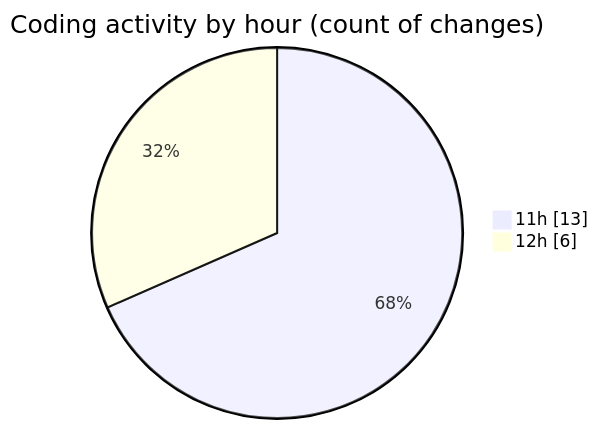
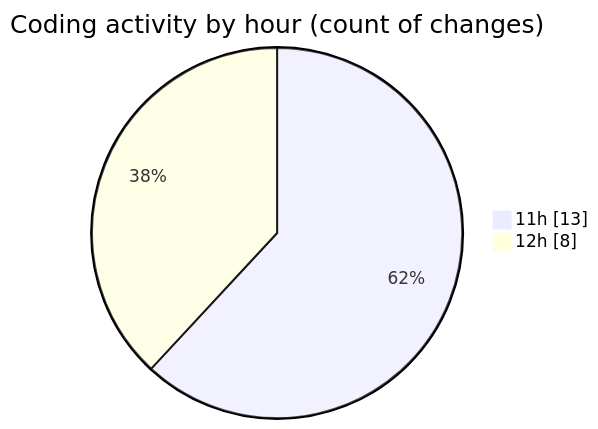
One commit to robertbonfada/code-tracking changed the second of 2 diagrams in 2025-01-25/termonied-web/README.md. Above: the diagram before and after it, drawn with Mermaid. The commit also changed other lines of this file and 1 other file, not shown here.

````diff
--- a/2025-01-25/termonied-web/README.md
+++ b/2025-01-25/termonied-web/README.md
@@ -31,6 +34,6 @@
 ```mermaid
 pie showData
 title Coding activity by hour (count of changes)
 "11h" : 13
-"12h" : 6
+"12h" : 8
 ```
````
